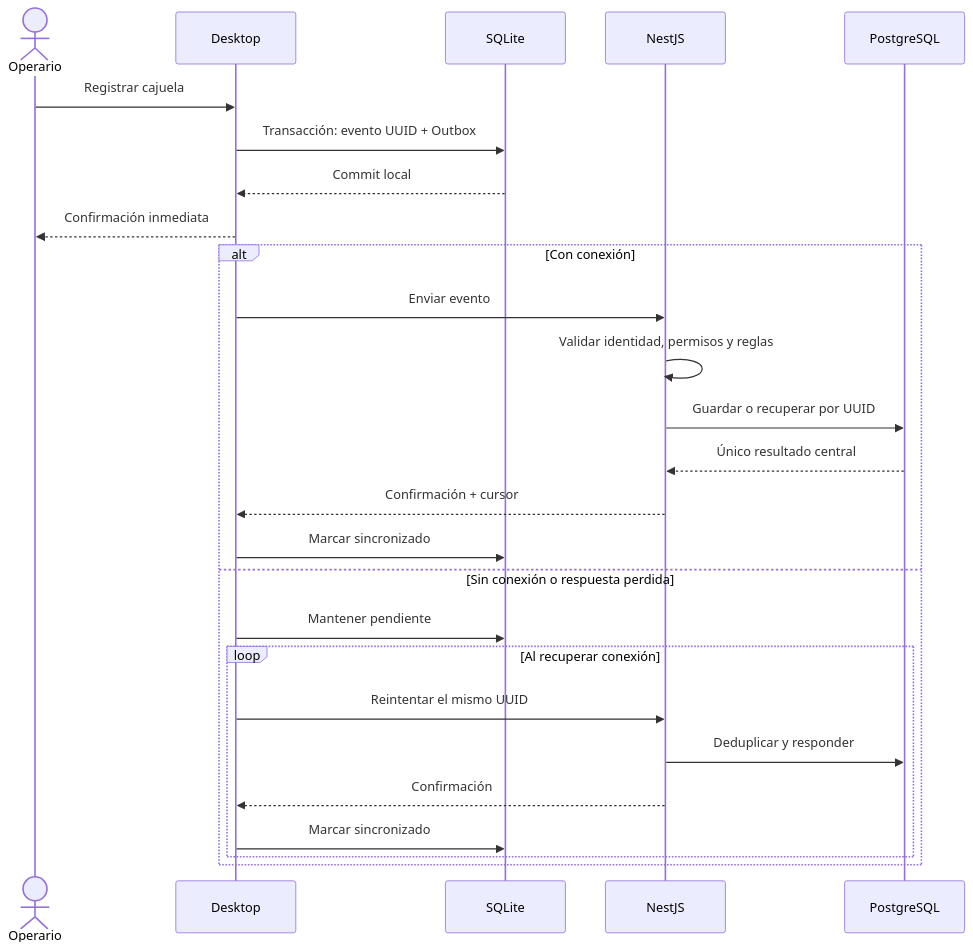
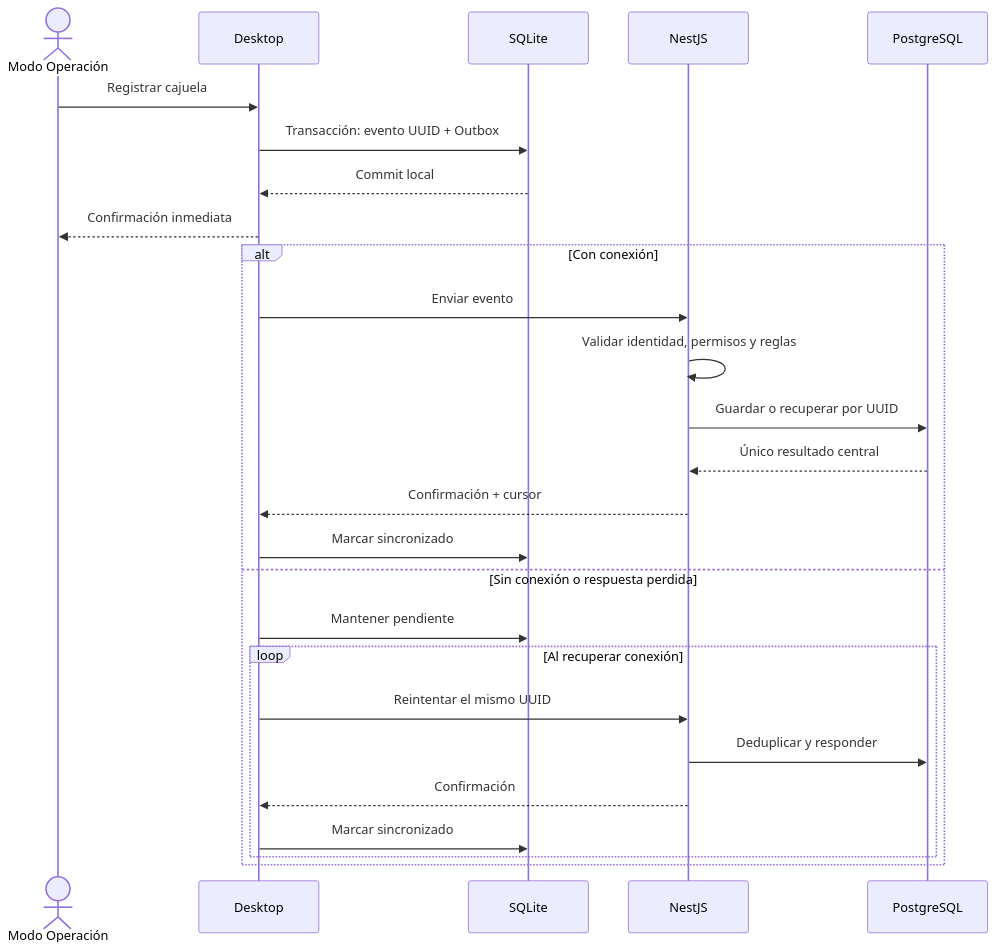
One commit to real-steven/IndustriasDoradas changed the third of 3 diagrams in docs/architecture/arquitectura-y-decisiones.md. Above: the diagram before and after it, drawn with Mermaid. The commit also changed other lines of this file and 11 other files, not shown here.

````diff
--- a/docs/architecture/arquitectura-y-decisiones.md
+++ b/docs/architecture/arquitectura-y-decisiones.md
@@ -137,30 +139,30 @@
 ```mermaid
 sequenceDiagram
-    actor O as Operario
+    actor O as Modo Operación
     participant D as Desktop
     participant S as SQLite
     participant A as NestJS
     participant P as PostgreSQL
 
     O->>D: Registrar cajuela
     D->>S: Transacción: evento UUID + Outbox
     S-->>D: Commit local
     D-->>O: Confirmación inmediata
 
     alt Con conexión
         D->>A: Enviar evento
         A->>A: Validar identidad, permisos y reglas
         A->>P: Guardar o recuperar por UUID
         P-->>A: Único resultado central
         A-->>D: Confirmación + cursor
         D->>S: Marcar sincronizado
     else Sin conexión o respuesta perdida
         D->>S: Mantener pendiente
         loop Al recuperar conexión
             D->>A: Reintentar el mismo UUID
             A->>P: Deduplicar y responder
             A-->>D: Confirmación
             D->>S: Marcar sincronizado
         end
     end
 ```
````
